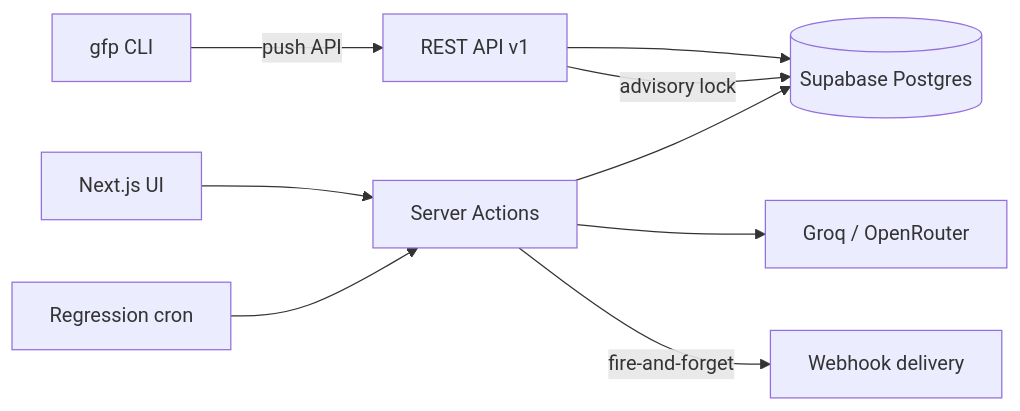
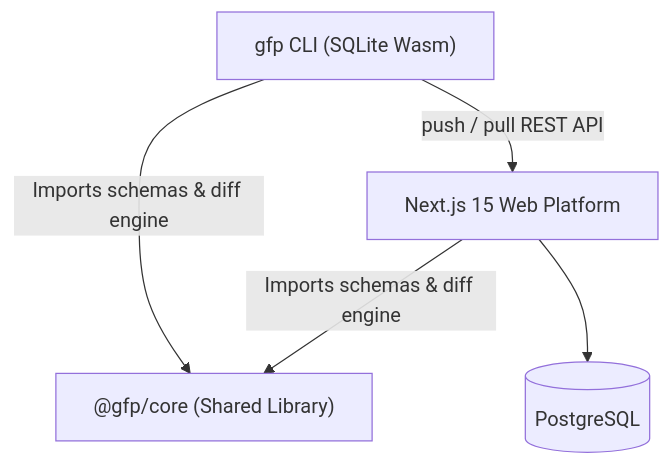
The diagram in README.md (kwakhare5/Git-for-Prompts), drawn with Mermaid before and after one commit. The commit also changed other lines of this file and 2022 other files, not shown here.

````diff
--- a/README.md
+++ b/README.md
@@ -169,11 +119,12 @@
 ```mermaid
-flowchart LR
-    CLI[gfp CLI] -->|push API| API
-    App[Next.js UI] --> SA[Server Actions]
-    SA --> DB[(Supabase Postgres)]
-    SA --> AI[Groq / OpenRouter]
-    SA -->|fire-and-forget| WH[Webhook delivery]
-    API[REST API v1] --> DB
-    API -->|advisory lock| DB
-    CRON[Regression cron] --> SA
+flowchart TD
+    Core["@gfp/core (Shared Library)"]
+    CLI["gfp CLI (SQLite Wasm)"]
+    Web["Next.js 15 Web Platform"]
+    DB[(PostgreSQL)]
+
+    CLI -->|Imports schemas & diff engine| Core
+    Web -->|Imports schemas & diff engine| Core
+    CLI -->|push / pull REST API| Web
+    Web --> DB
 ```
````
